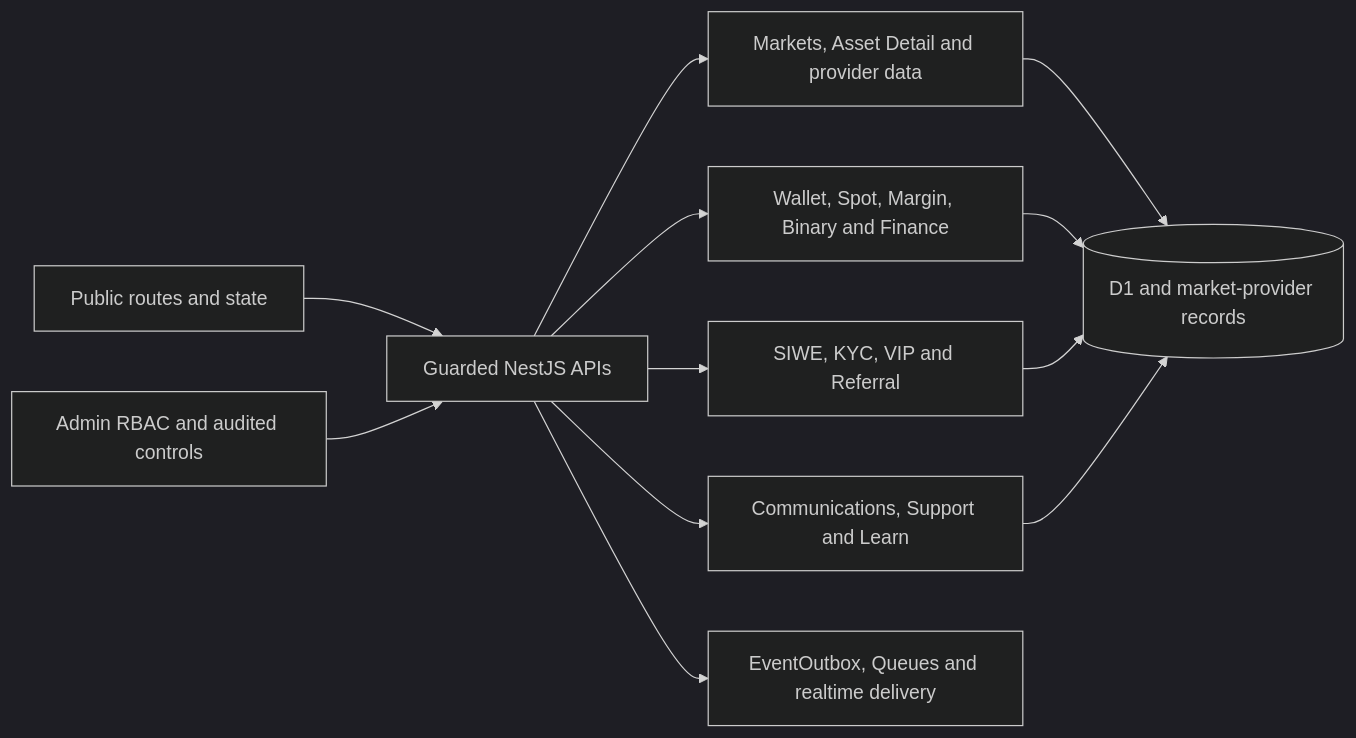
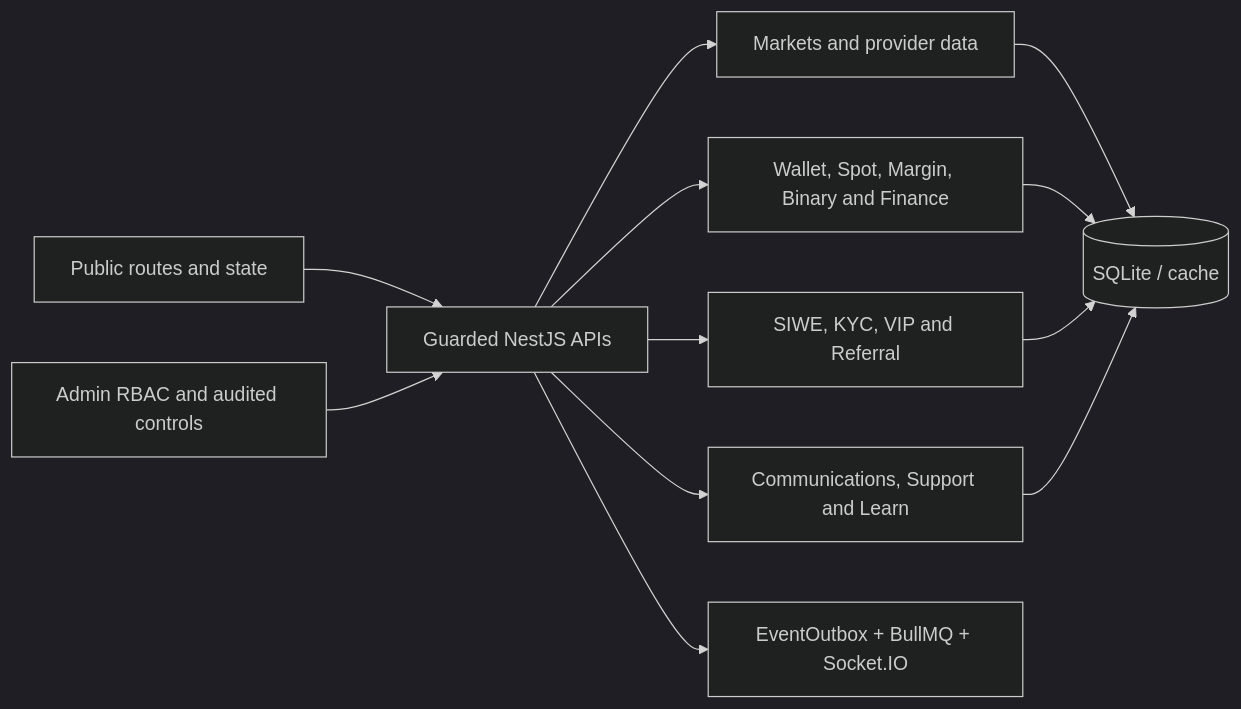
The third of 5 diagrams in docs/architecture/NEXI_ARCHITECTURE_DIAGRAMS.md (Mellonelay/Nexi), drawn with Mermaid (dark theme) before and after one commit. The commit also changed other lines of this file and 102 other files, not shown here.

````diff
--- a/docs/architecture/NEXI_ARCHITECTURE_DIAGRAMS.md
+++ b/docs/architecture/NEXI_ARCHITECTURE_DIAGRAMS.md
@@ -60,14 +58,14 @@
 ```mermaid
 flowchart LR
   P["Public routes and state"] --> API["Guarded NestJS APIs"]
   A["Admin RBAC and audited controls"] --> API
-  API --> MA["Markets, Asset Detail and provider data"]
+  API --> MA["Markets and provider data"]
   API --> FI["Wallet, Spot, Margin, Binary and Finance"]
   API --> AC["SIWE, KYC, VIP and Referral"]
   API --> CO["Communications, Support and Learn"]
-  MA --> DB[("D1 and market-provider records")]
+  MA --> DB[("SQLite / cache")]
   FI --> DB
   AC --> DB
   CO --> DB
-  API --> OUT["EventOutbox, Queues and realtime delivery"]
+  API --> OUT["EventOutbox + BullMQ + Socket.IO"]
 ```
````
